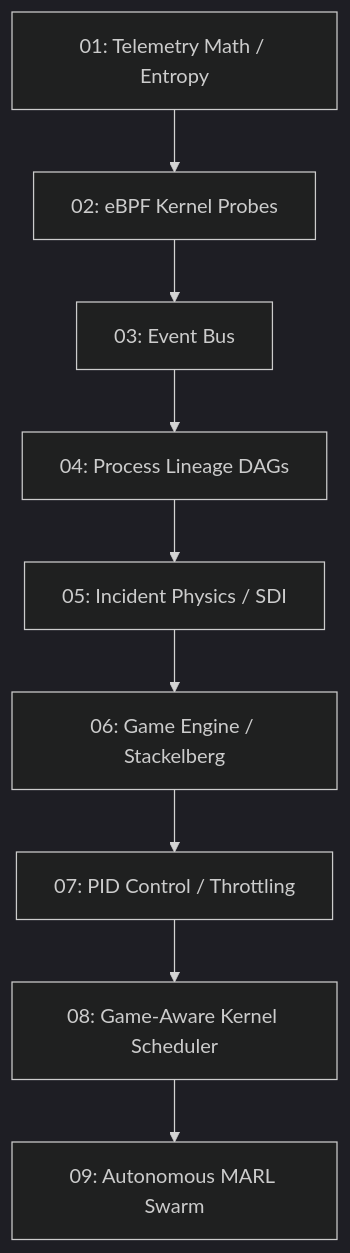
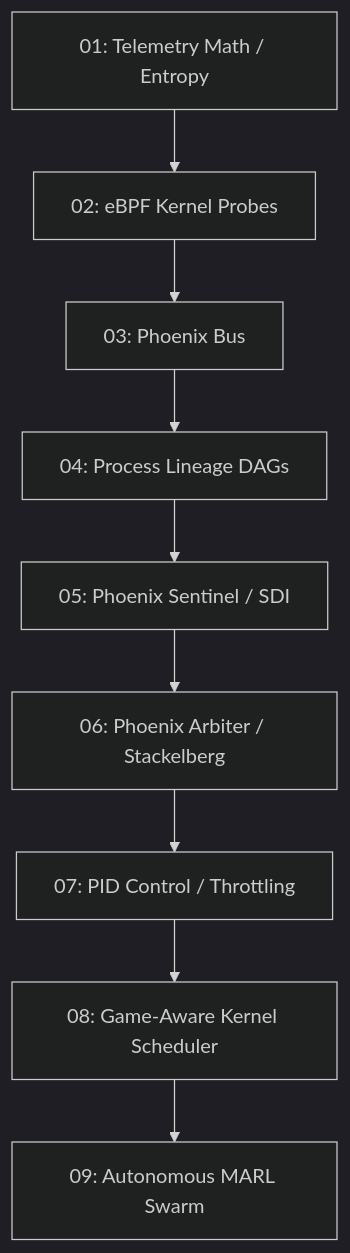
The diagram in MASTER_DEPENDENCY_GRAPH.md (fallofpheonix/OS), drawn with Mermaid (dark theme) before and after one commit. The commit also changed other lines of this file and 153 other files, not shown here.

````diff
--- a/MASTER_DEPENDENCY_GRAPH.md
+++ b/MASTER_DEPENDENCY_GRAPH.md
@@ -7,22 +7,22 @@
 ```mermaid
 graph TD
     %% Telemetry Foundation
     Math[01: Telemetry Math / Entropy] --> T_Kernel[02: eBPF Kernel Probes]
-    T_Kernel --> E_Bus[03: Event Bus]
+    T_Kernel --> E_Bus[03: Phoenix Bus]
 
     %% Graphs
     E_Bus --> Graph[04: Process Lineage DAGs]
     
     %% State and Physics
-    Graph --> Physics[05: Incident Physics / SDI]
+    Graph --> Physics[05: Phoenix Sentinel / SDI]
     
     %% Decision and Games
-    Physics --> Game[06: Game Engine / Stackelberg]
+    Physics --> Game[06: Phoenix Arbiter / Stackelberg]
     
     %% Actuation
     Game --> Control[07: PID Control / Throttling]
     Control --> Sched[08: Game-Aware Kernel Scheduler]
     
     %% Final
     Sched --> Swarm[09: Autonomous MARL Swarm]
 ```
````
